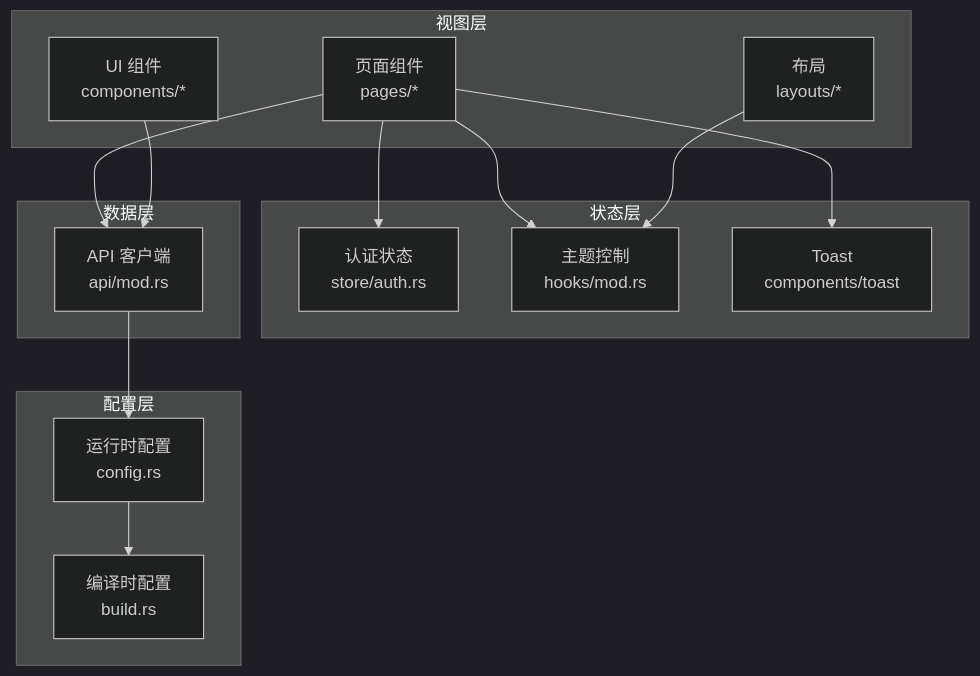
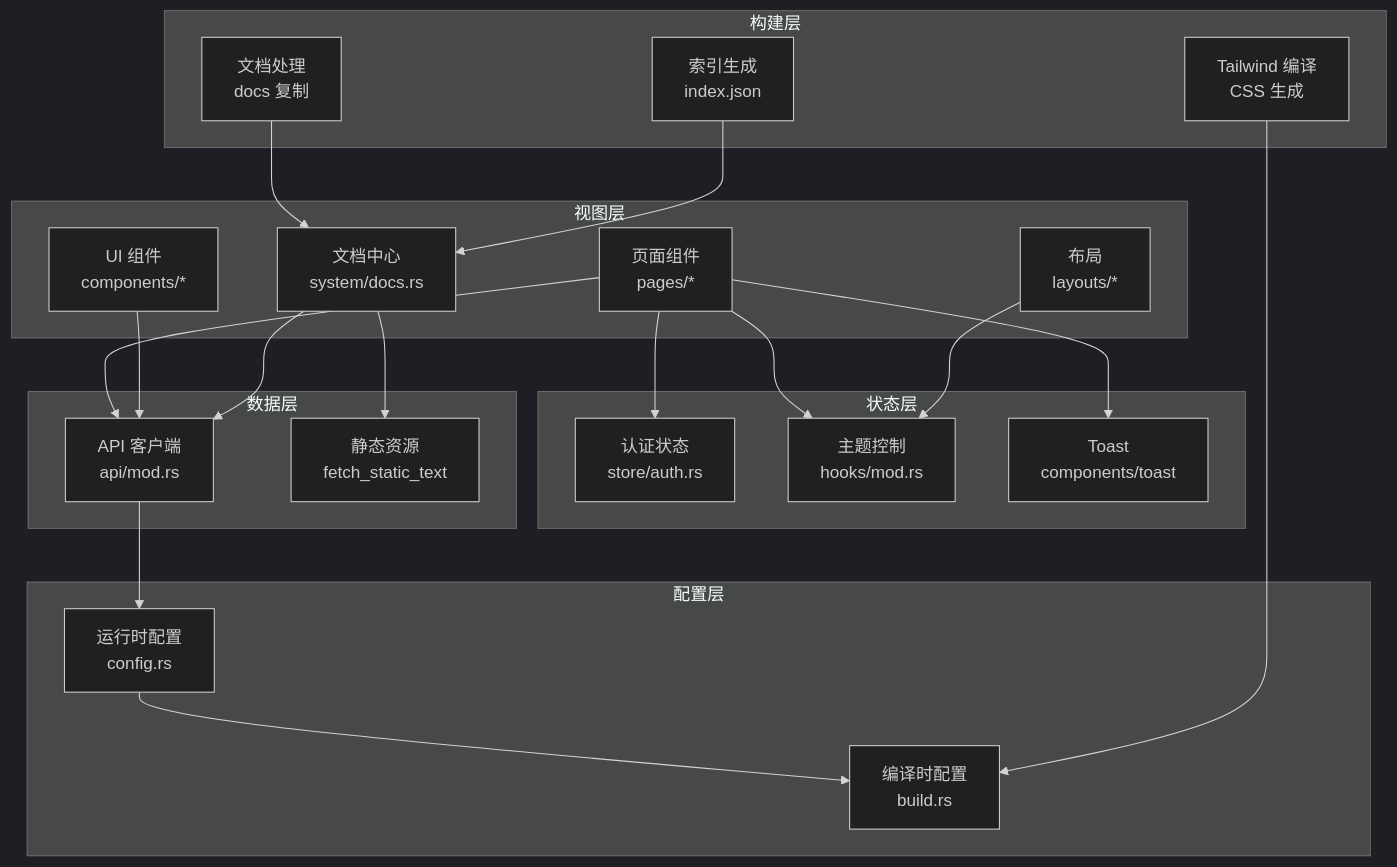
One commit to runningcoders/ai_orz changed the second of 9 diagrams in .qoder/repowiki/zh/content/前端应用/前端架构设计.md. Above: the diagram before and after it, drawn with Mermaid (dark theme). The commit also changed other lines of this file and 338 other files, not shown here.

````diff
--- a/.qoder/repowiki/zh/content/前端应用/前端架构设计.md
+++ b/.qoder/repowiki/zh/content/前端应用/前端架构设计.md
@@ -112,28 +128,40 @@
 ```mermaid
 graph TB
 subgraph "视图层"
 V1["页面组件<br/>pages/*"]
 V2["UI 组件<br/>components/*"]
 V3["布局<br/>layouts/*"]
+V4["文档中心<br/>system/docs.rs"]
 end
 subgraph "状态层"
 S1["认证状态<br/>store/auth.rs"]
 S2["主题控制<br/>hooks/mod.rs"]
 S3["Toast<br/>components/toast"]
 end
 subgraph "数据层"
 D1["API 客户端<br/>api/mod.rs"]
+D2["静态资源<br/>fetch_static_text"]
 end
 subgraph "配置层"
 C1["编译时配置<br/>build.rs"]
 C2["运行时配置<br/>config.rs"]
+end
+subgraph "构建层"
+B1["Tailwind 编译<br/>CSS 生成"]
+B2["文档处理<br/>docs 复制"]
+B3["索引生成<br/>index.json"]
 end
 V1 --> S1
 V1 --> S2
 V1 --> S3
 V1 --> D1
 V2 --> D1
 V3 --> S2
+V4 --> D2
+V4 --> D1
 D1 --> C2
 C2 --> C1
+B1 --> C1
+B2 --> V4
+B3 --> V4
 ```
````
